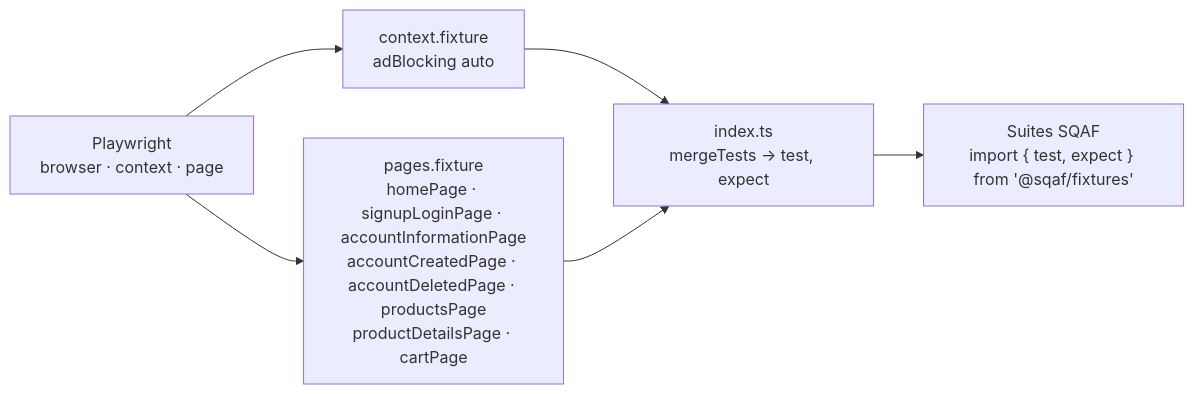
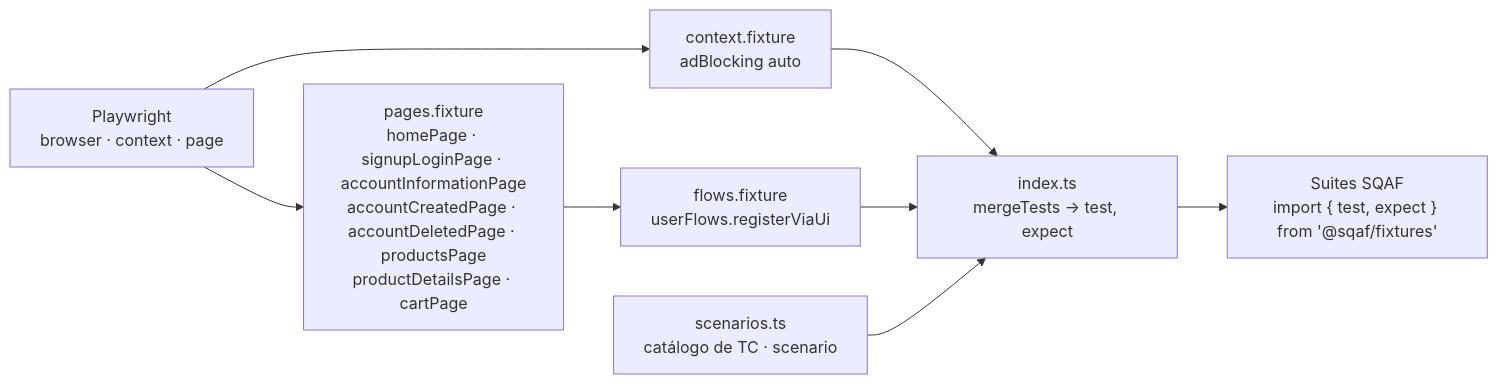
Before and after one commit to lisethportuguez/sqaf-playwright: the fifth of 7 diagrams in docs/architecture/architecture.md, drawn with Mermaid. The commit also changed other lines of this file and 7 other files, not shown here.

````diff
--- a/docs/architecture/architecture.md
+++ b/docs/architecture/architecture.md
@@ -154,8 +168,10 @@
 ```mermaid
 flowchart LR
     PW[Playwright<br/>browser · context · page] --> CF[context.fixture<br/>adBlocking auto]
     PW --> PF[pages.fixture<br/>homePage · signupLoginPage · accountInformationPage<br/>accountCreatedPage · accountDeletedPage · productsPage<br/>productDetailsPage · cartPage]
+    PF --> FL[flows.fixture<br/>userFlows.registerViaUi]
     CF --> IDX[index.ts<br/>mergeTests → test, expect]
-    PF --> IDX
+    FL --> IDX
+    SC[scenarios.ts<br/>catálogo de TC · scenario] --> IDX
     IDX --> S["Suites SQAF<br/>import { test, expect } from '@sqaf/fixtures'"]
 ```
````
